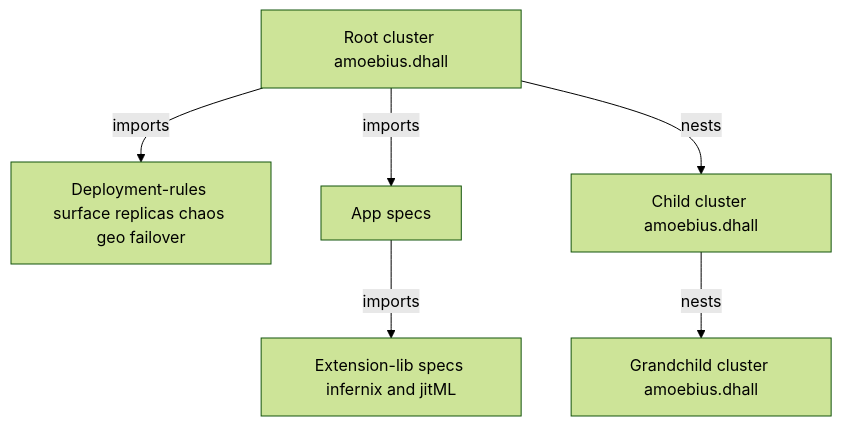
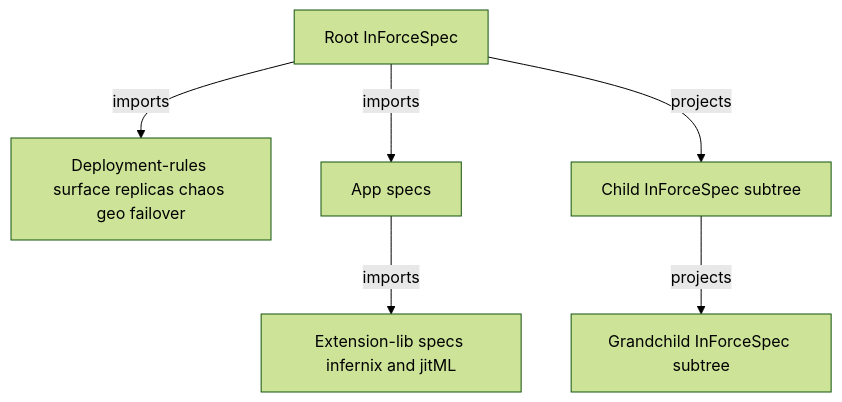
One commit to Tuee22/amoebius changed the second of 2 diagrams in documents/engineering/dsl_doctrine.md. Above: the diagram before and after it, drawn with Mermaid (forest theme). The commit also changed other lines of this file and 37 other files, not shown here.

````diff
--- a/documents/engineering/dsl_doctrine.md
+++ b/documents/engineering/dsl_doctrine.md
@@ -187,8 +206,8 @@
 ```mermaid
 flowchart TD
-  root[Root cluster amoebius.dhall] -->|imports| deploy[Deployment-rules surface replicas chaos geo failover]
+  root[Root InForceSpec] -->|imports| deploy[Deployment-rules surface replicas chaos geo failover]
   root -->|imports| apps[App specs]
   apps -->|imports| ext[Extension-lib specs infernix and jitML]
-  root -->|nests| child[Child cluster amoebius.dhall]
-  child -->|nests| grandchild[Grandchild cluster amoebius.dhall]
+  root -->|projects| child[Child InForceSpec subtree]
+  child -->|projects| grandchild[Grandchild InForceSpec subtree]
 ```
````
